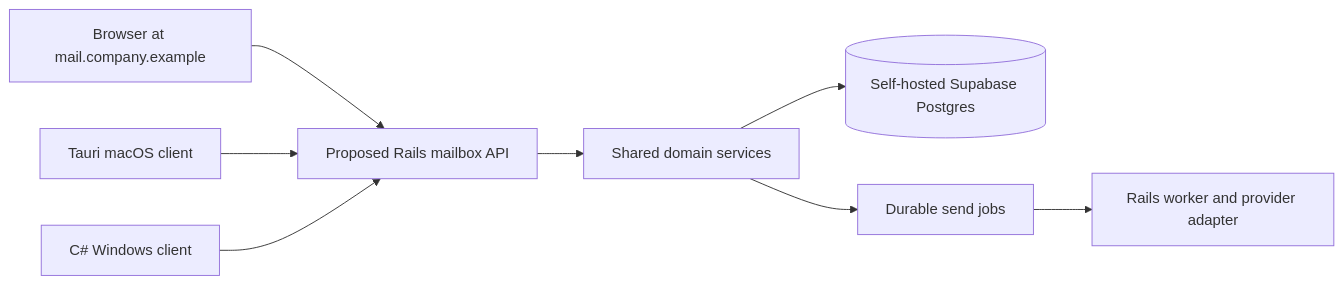
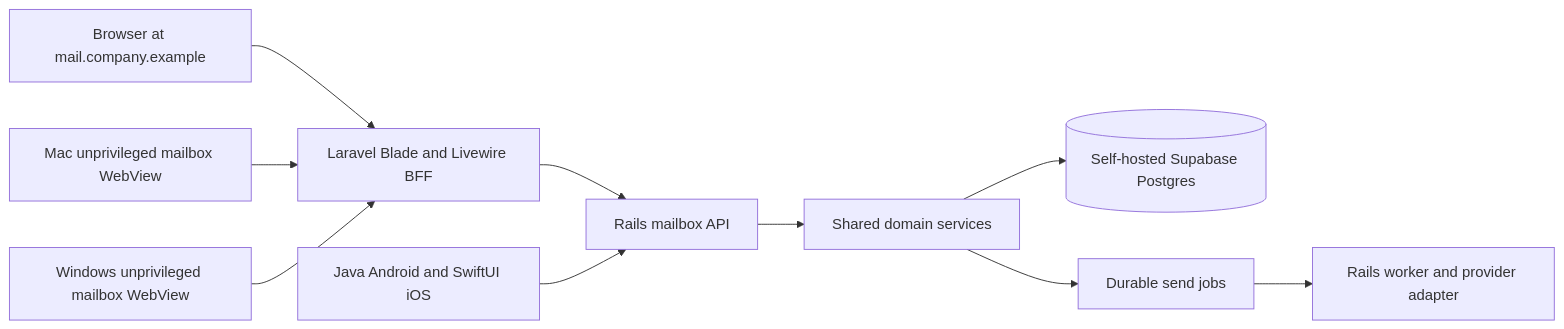
The diagram in docs/desktop-and-connectors.md (tanzeel-roseyco/elevateo-mail), drawn with Mermaid before and after one commit. The commit also changed other lines of this file and 37 other files, not shown here.

Commit message:
docs: select Rails and Laravel architecture with reuse and platform test plans

````diff
--- a/docs/desktop-and-connectors.md
+++ b/docs/desktop-and-connectors.md
@@ -9,10 +9,12 @@
 ```mermaid
 flowchart LR
-    Web[Browser at mail.company.example] --> API[Proposed Rails mailbox API]
-    Mac[Tauri macOS client] --> API
-    Win[C# Windows client] --> API
+    Web[Browser at mail.company.example] --> BFF[Laravel Blade and Livewire BFF]
+    Mac[Mac unprivileged mailbox WebView] --> BFF
+    Win[Windows unprivileged mailbox WebView] --> BFF
+    BFF --> API[Rails mailbox API]
+    Mobile[Java Android and SwiftUI iOS] --> API
     API --> Domain[Shared domain services]
     Domain --> PG[(Self-hosted Supabase Postgres)]
     Domain --> Queue[Durable send jobs]
     Queue --> Worker[Rails worker and provider adapter]
 ```
````
